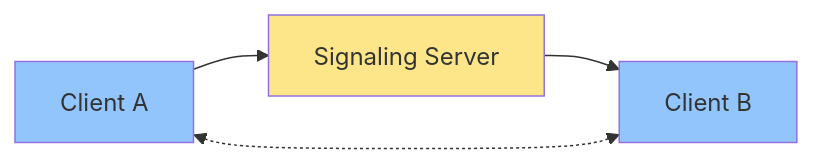
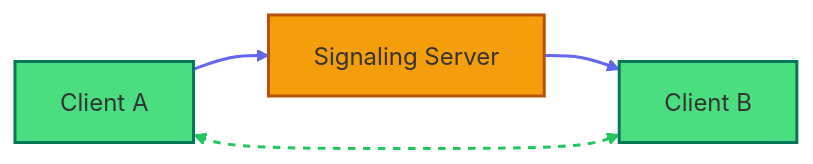
Before and after one commit to Harry100KR/WebRTC: the first of 2 diagrams in README.md, drawn with Mermaid. The commit also changed other lines of this file, not shown here.

Commit message:
style: Enhance architecture diagrams with improved colors and visibility

````diff
--- a/README.md
+++ b/README.md
@@ -72,9 +72,11 @@
 ```mermaid
 graph LR
     A[Client A] --> B[Signaling Server]
     B --> C[Client B]
     A <-.-> C
-    style A fill:#93c5fd
-    style B fill:#fde68a
-    style C fill:#93c5fd
+    style A fill:#4ade80,stroke:#047857,stroke-width:2px
+    style B fill:#f59e0b,stroke:#b45309,stroke-width:2px
+    style C fill:#4ade80,stroke:#047857,stroke-width:2px
+    linkStyle 0,1 stroke:#6366f1,stroke-width:2px
+    linkStyle 2 stroke:#22c55e,stroke-width:2px,stroke-dasharray:5
 ```
````
